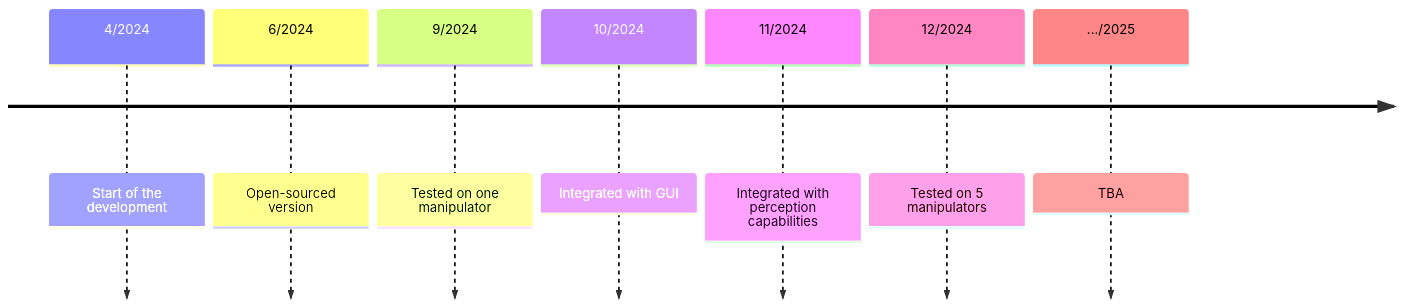
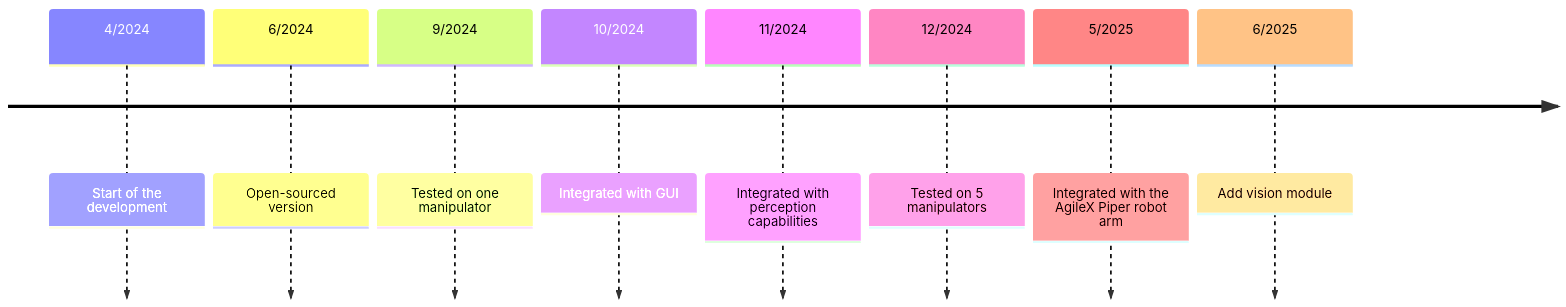
The diagram in README.md (CroboticSolutions/arm_api2), drawn with Mermaid before and after one commit. The commit also changed other lines of this file and 1 other file, not shown here.

Commit message:
Added joy modified for the position control of the AgileX Piper

````diff
--- a/README.md
+++ b/README.md
@@ -357,10 +374,11 @@
 ```mermaid
 timeline
     4/2024 : Start of the development
     6/2024 : Open-sourced version
     9/2024 : Tested on one manipulator
     10/2024: Integrated with GUI 
     11/2024: Integrated with perception capabilities
     12/2024 : Tested on 5 manipulators
-    .../2025 : TBA
+    5/2025 : Integrated with the AgileX Piper robot arm
+    6/2025: Add vision module
 ```
````
